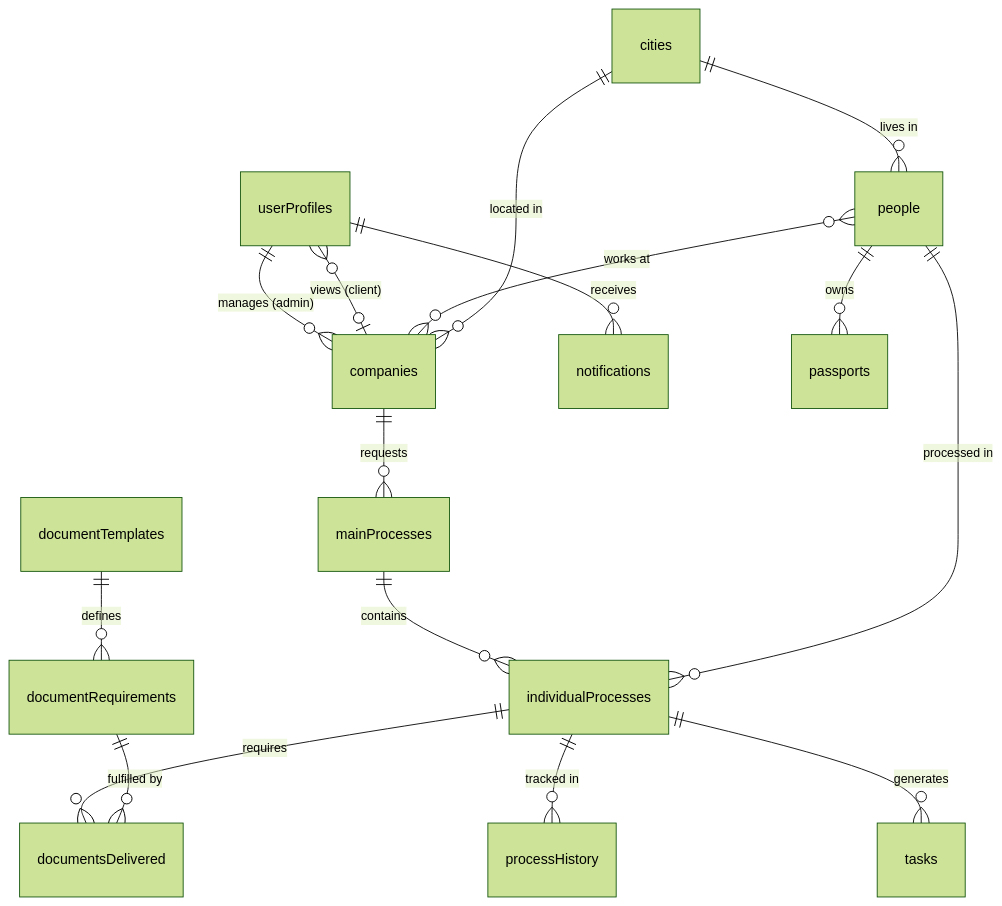
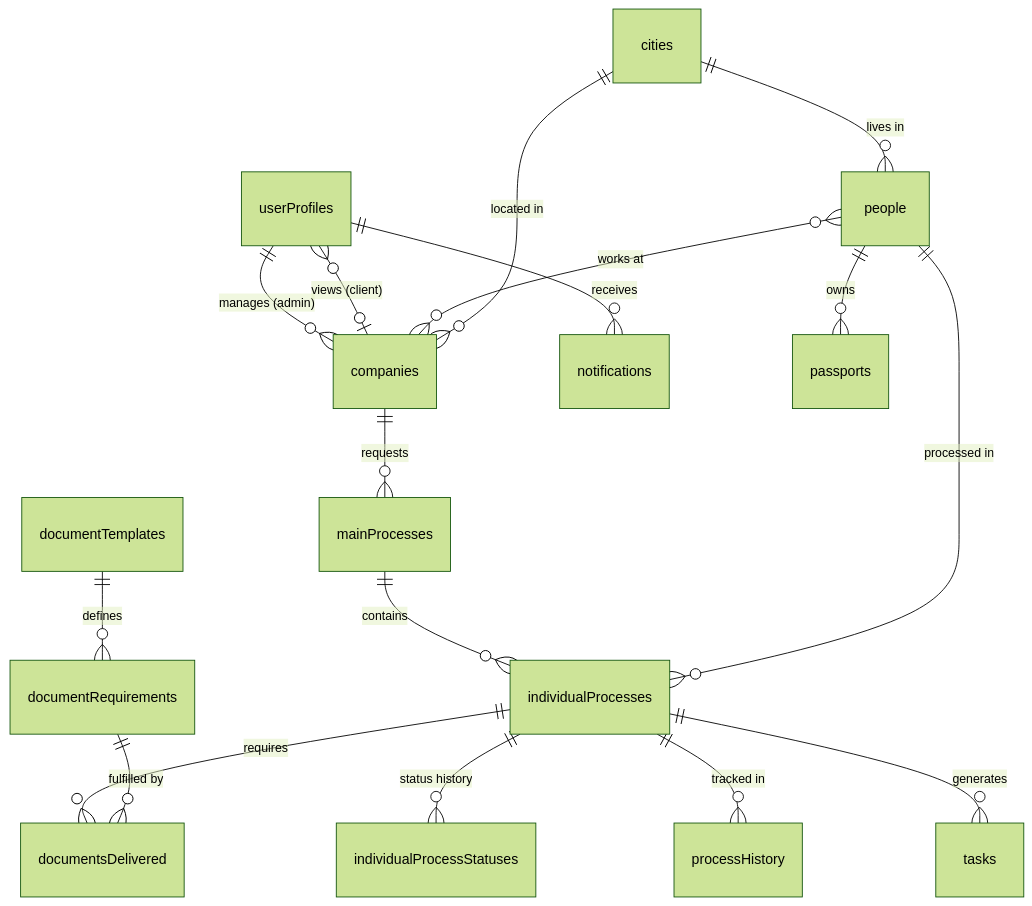
The second of 2 diagrams in ai_docs/prd.md (elberrd/casys4), drawn with Mermaid (forest theme) before and after one commit. The commit also changed other lines of this file and 201 other files, not shown here.

````diff
--- a/ai_docs/prd.md
+++ b/ai_docs/prd.md
@@ -548,27 +548,28 @@
 ```mermaid
 erDiagram
     %% Core relationships
     userProfiles ||--o{ companies : "manages (admin)"
     userProfiles }o--o| companies : "views (client)"
 
     %% Process hierarchy
     companies ||--o{ mainProcesses : "requests"
     mainProcesses ||--o{ individualProcesses : "contains"
     people ||--o{ individualProcesses : "processed in"
 
     %% Document management
     documentTemplates ||--o{ documentRequirements : "defines"
     individualProcesses ||--o{ documentsDelivered : "requires"
     documentRequirements ||--o{ documentsDelivered : "fulfilled by"
 
     %% Tracking
+    individualProcesses ||--o{ individualProcessStatuses : "status history"
     individualProcesses ||--o{ processHistory : "tracked in"
     individualProcesses ||--o{ tasks : "generates"
     userProfiles ||--o{ notifications : "receives"
 
     %% Support data
     people ||--o{ passports : "owns"
     people }o--o{ companies : "works at"
     cities ||--o{ companies : "located in"
     cities ||--o{ people : "lives in"
 ```
````
